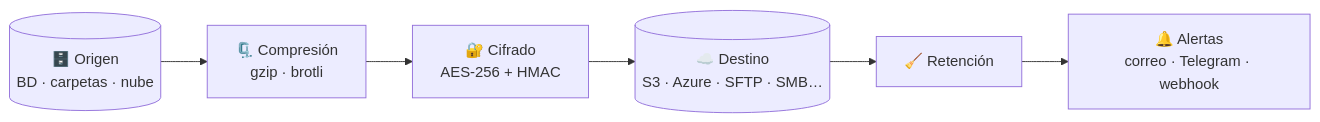
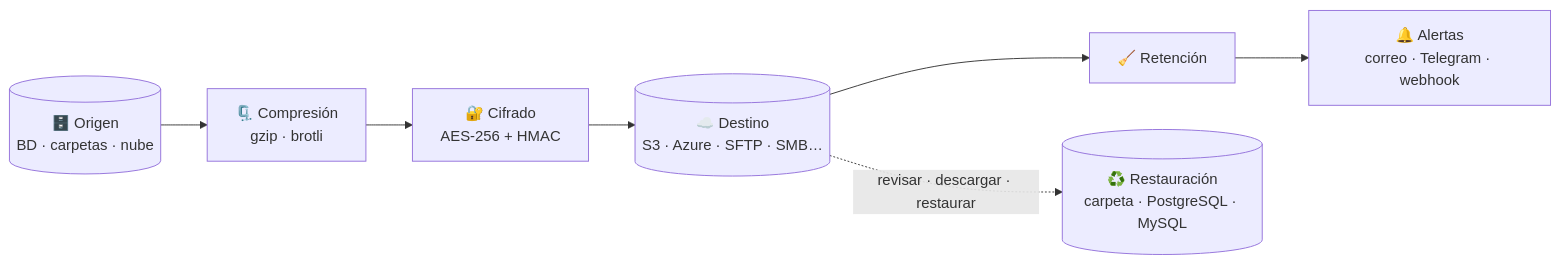
Before and after one commit to Grupo-Mecsa/Backups: the diagram in README.md, drawn with Mermaid. The commit also changed other lines of this file and 107 other files, not shown here.

````diff
--- a/README.md
+++ b/README.md
@@ -27,8 +26,9 @@
 ```mermaid
 flowchart LR
     O[("🗄️ Origen<br/>BD · carpetas · nube")] --> C["🗜️ Compresión<br/>gzip · brotli"]
     C --> E["🔐 Cifrado<br/>AES-256 + HMAC"]
     E --> D[("☁️ Destino<br/>S3 · Azure · SFTP · SMB…")]
     D --> R["🧹 Retención"]
     R --> A["🔔 Alertas<br/>correo · Telegram · webhook"]
+    D -. revisar · descargar · restaurar .-> X[("♻️ Restauración<br/>carpeta · PostgreSQL · MySQL")]
 ```
````
